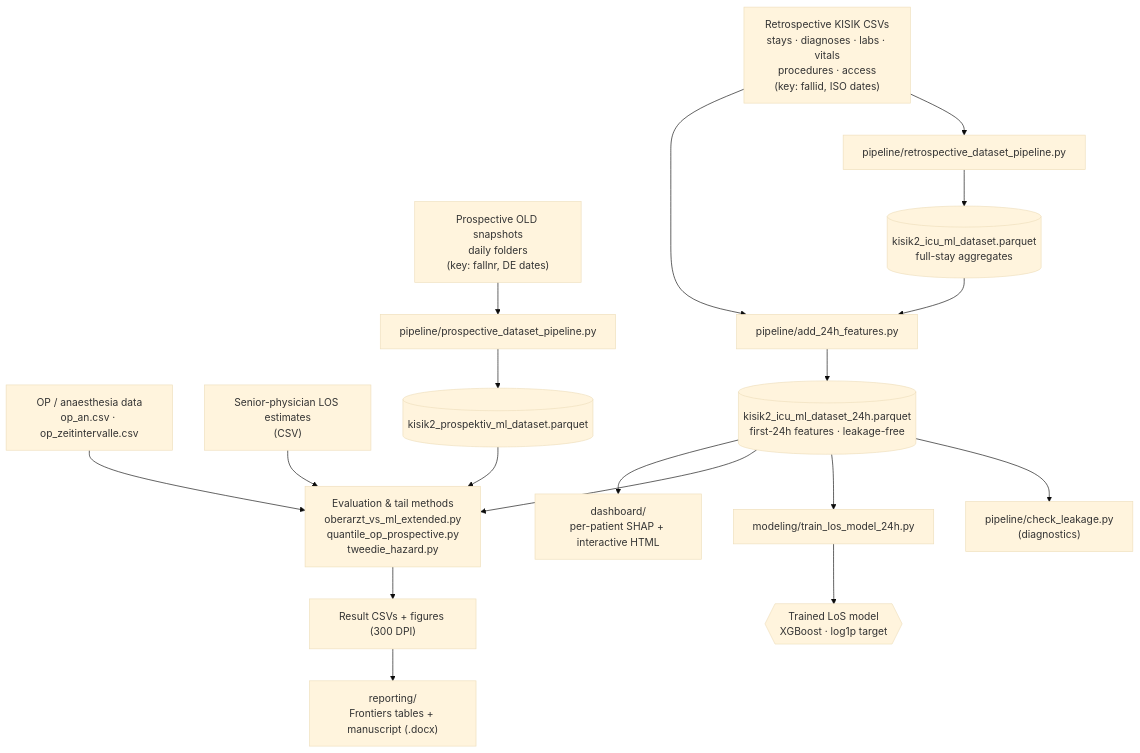
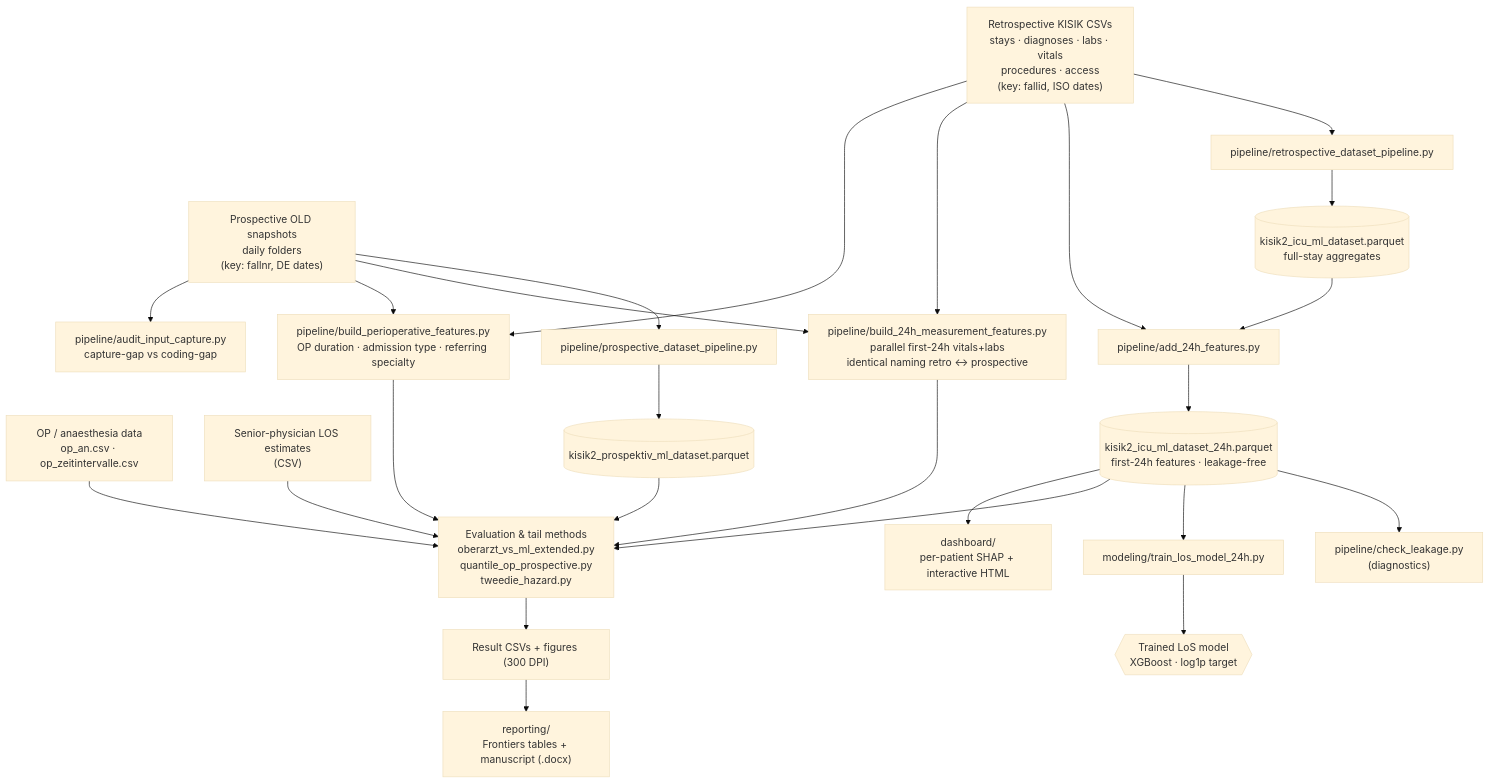
Before and after one commit to Scarlet1991/KISIK-Dashboard: the diagram in README.md, drawn with Mermaid (base theme). The commit also changed other lines of this file and 3 other files, not shown here.

First line of the commit message:
Add parallel retro/prospective 24h data processing modules

````diff
--- a/README.md
+++ b/README.md
@@ -17,29 +17,37 @@
 ```mermaid
 flowchart TD
     R1["Retrospective KISIK CSVs<br/>stays · diagnoses · labs · vitals<br/>procedures · access<br/>(key: fallid, ISO dates)"]
     R2["OP / anaesthesia data<br/>op_an.csv · op_zeitintervalle.csv"]
     P1["Prospective OLD snapshots<br/>daily folders<br/>(key: fallnr, DE dates)"]
     S1["Senior-physician LOS estimates<br/>(CSV)"]
 
     R1 --> A["pipeline/retrospective_dataset_pipeline.py"]
     A --> D1[("kisik2_icu_ml_dataset.parquet<br/>full-stay aggregates")]
     D1 --> B["pipeline/add_24h_features.py"]
     R1 --> B
     B --> D2[("kisik2_icu_ml_dataset_24h.parquet<br/>first-24h features · leakage-free")]
     D2 --> L["pipeline/check_leakage.py<br/>(diagnostics)"]
 
     P1 --> C["pipeline/prospective_dataset_pipeline.py"]
     C --> D3[("kisik2_prospektiv_ml_dataset.parquet")]
 
+    R1 --> MR["pipeline/build_24h_measurement_features.py<br/>parallel first-24h vitals+labs<br/>identical naming retro ↔ prospective"]
+    P1 --> MR
+    R1 --> POF["pipeline/build_perioperative_features.py<br/>OP duration · admission type · referring specialty"]
+    P1 --> POF
+    P1 --> AUD["pipeline/audit_input_capture.py<br/>capture-gap vs coding-gap"]
+    MR --> CMP
+    POF --> CMP
+
     D2 --> T["modeling/train_los_model_24h.py"]
     T --> M{{"Trained LoS model<br/>XGBoost · log1p target"}}
 
     D2 --> CMP["Evaluation & tail methods<br/>oberarzt_vs_ml_extended.py<br/>quantile_op_prospective.py<br/>tweedie_hazard.py"]
     D3 --> CMP
     R2 --> CMP
     S1 --> CMP
 
     CMP --> O1["Result CSVs + figures (300 DPI)"]
     O1 --> REP["reporting/<br/>Frontiers tables + manuscript (.docx)"]
     D2 --> DASH["dashboard/<br/>per-patient SHAP + interactive HTML"]
 ```
````
